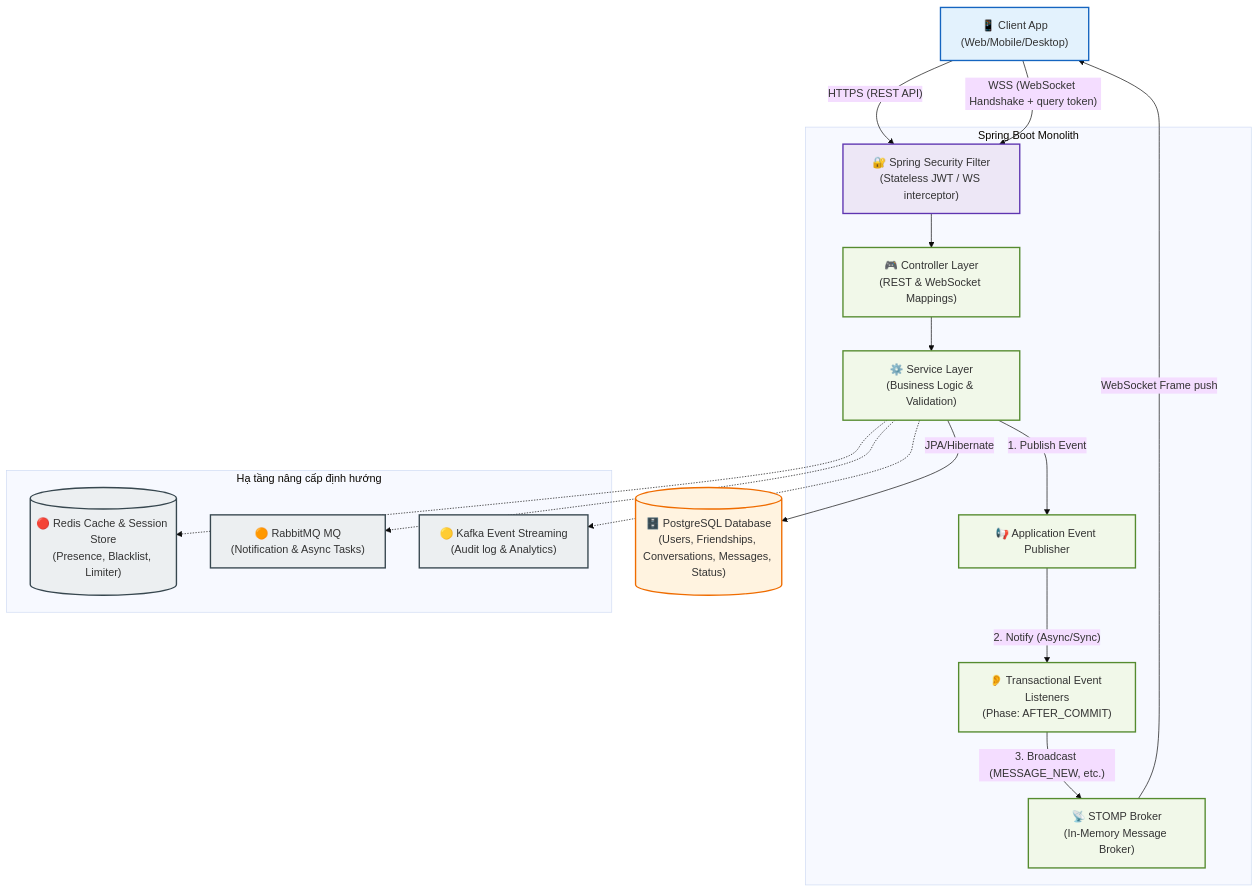
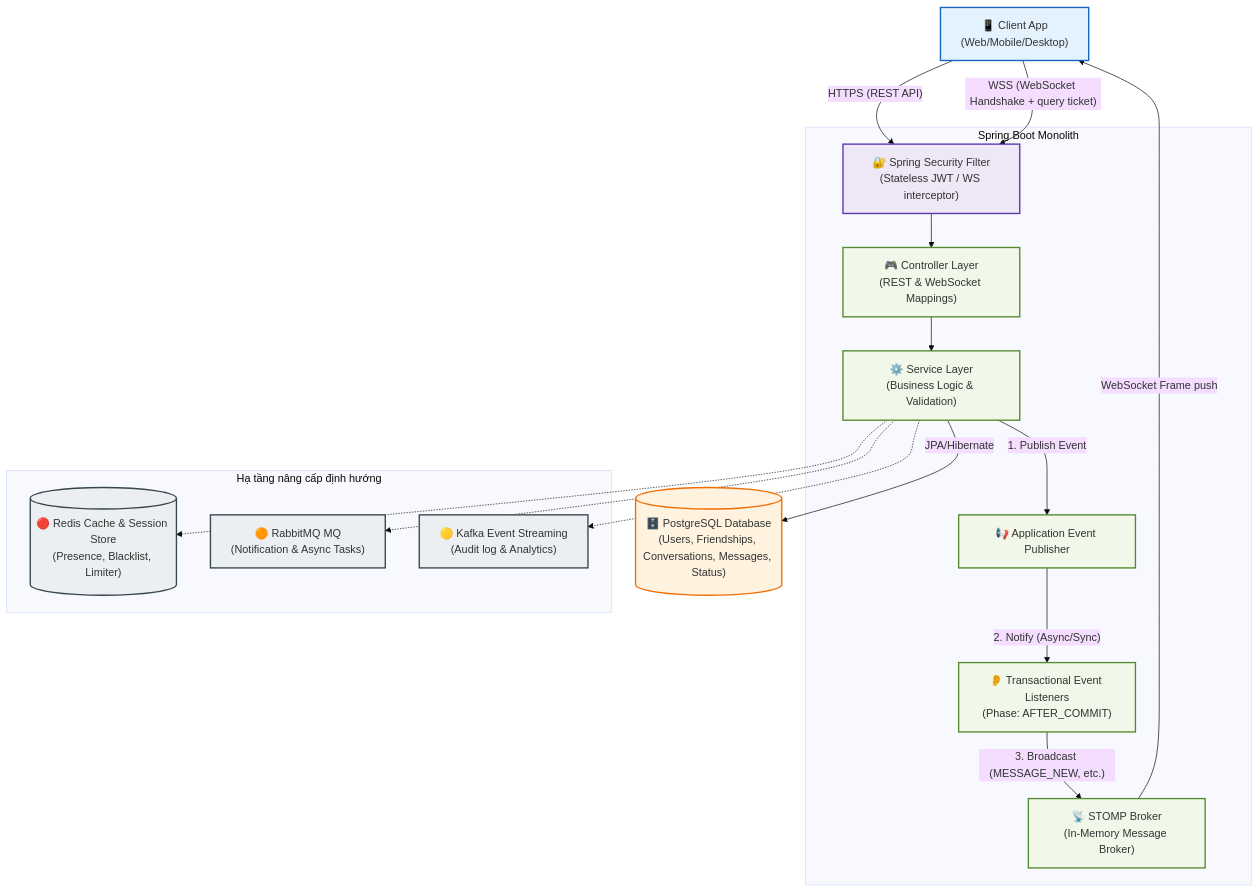
One commit to VUVANQUANIT/NexChat changed the diagram in docs/diagrams/high_level_architecture.mmd. Above: the diagram before and after it, drawn with Mermaid (base theme). The commit also changed 6 other files, not shown here.

Commit message:
docs: resolve system architecture issues and fix diagram paths

```diff
--- a/docs/diagrams/high_level_architecture.mmd
+++ b/docs/diagrams/high_level_architecture.mmd
@@ -1,43 +1,43 @@
 graph TD
     %% Styling
     classDef client fill:#e3f2fd,stroke:#1565c0,stroke-width:2px;
     classDef gateway fill:#ede7f6,stroke:#5e35b1,stroke-width:2px;
     classDef app fill:#f1f8e9,stroke:#558b2f,stroke-width:2px;
     classDef db fill:#fff3e0,stroke:#ef6c00,stroke-width:2px;
     classDef ext fill:#eceff1,stroke:#37474f,stroke-width:2px;
 
     %% Nodes
     Client["📱 Client App<br/>(Web/Mobile/Desktop)"]:::client
     
     subgraph Spring Boot Monolith
         Security["🔐 Spring Security Filter<br/>(Stateless JWT / WS interceptor)"]:::gateway
         Controller["🎮 Controller Layer<br/>(REST & WebSocket Mappings)"]:::app
         Service["⚙️ Service Layer<br/>(Business Logic & Validation)"]:::app
         EventPub["📢 Application Event Publisher"]:::app
         EventListener["👂 Transactional Event Listeners<br/>(Phase: AFTER_COMMIT)"]:::app
         StompBroker["📡 STOMP Broker<br/>(In-Memory Message Broker)"]:::app
     end
 
     Database[("🗄️ PostgreSQL Database<br/>(Users, Friendships, Conversations, Messages, Status)")]:::db
     
     subgraph Future Upgrades [Hạ tầng nâng cấp định hướng]
         Redis[("🔴 Redis Cache & Session Store<br/>(Presence, Blacklist, Limiter)")]:::ext
         RabbitMQ["🟠 RabbitMQ MQ<br/>(Notification & Async Tasks)"]:::ext
         Kafka["🟡 Kafka Event Streaming<br/>(Audit log & Analytics)"]:::ext
     end
 
     %% Connections
     Client -- "HTTPS (REST API)" --> Security
-    Client -- "WSS (WebSocket Handshake + query token)" --> Security
+    Client -- "WSS (WebSocket Handshake + query ticket)" --> Security
     Security --> Controller
     Controller --> Service
     Service -- "JPA/Hibernate" --> Database
     Service -- "1. Publish Event" --> EventPub
     EventPub -- "2. Notify (Async/Sync)" --> EventListener
     EventListener -- "3. Broadcast (MESSAGE_NEW, etc.)" --> StompBroker
     StompBroker -- "WebSocket Frame push" --> Client
 
     %% Potential upgrades mapping
     Service -.-> Redis
     Service -.-> RabbitMQ
     Service -.-> Kafka
```
